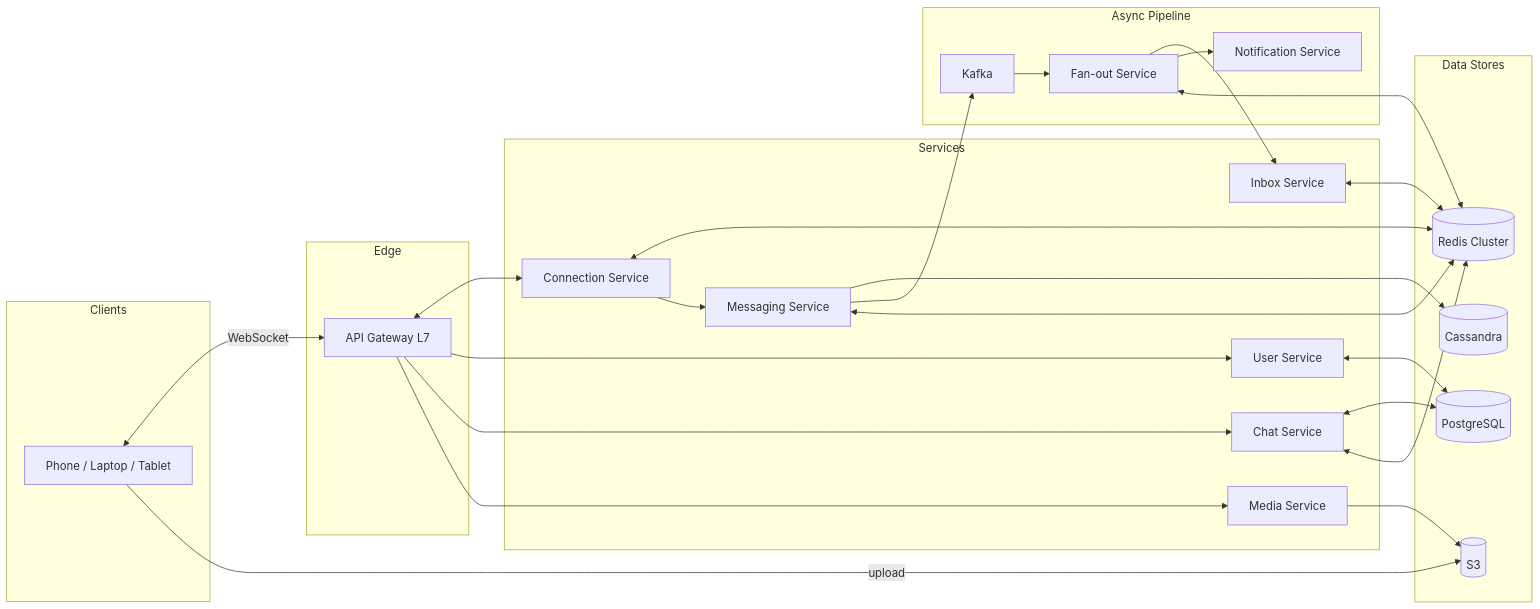
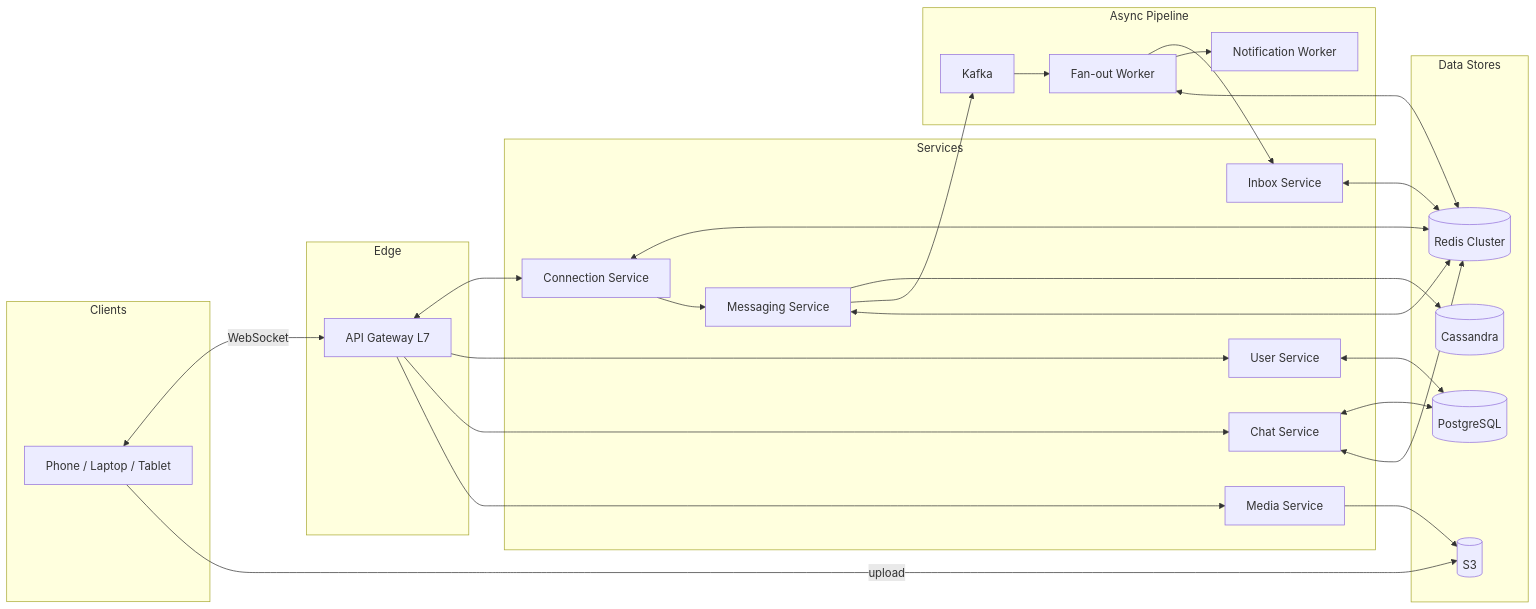
The fourth of 4 diagrams in docs/problems/messaging/chat-system.md (shahidbits2012/staff-plus), drawn with Mermaid before and after one commit. The commit also changed other lines of this file and 2 other files, not shown here.

````diff
--- a/docs/problems/messaging/chat-system.md
+++ b/docs/problems/messaging/chat-system.md
@@ -587,57 +593,57 @@
 ```mermaid
 graph LR
     subgraph Clients
         C[Phone / Laptop / Tablet]
     end
 
     subgraph Edge
         GW[API Gateway L7]
     end
 
     subgraph Services
         CONN[Connection Service]
         MS[Messaging Service]
         CS[Chat Service]
         IS[Inbox Service]
         US[User Service]
         MDS[Media Service]
     end
 
     subgraph Async_Pipeline[Async Pipeline]
         KF[Kafka]
-        FOS[Fan-out Service]
-        NS[Notification Service]
+        FOS[Fan-out Worker]
+        NS[Notification Worker]
     end
 
     subgraph Data_Stores[Data Stores]
         PG[(PostgreSQL)]
         CASS[(Cassandra)]
         REDIS[(Redis Cluster)]
         S3[(S3)]
     end
 
     C <-->|WebSocket| GW
     C -->|upload| S3
     GW <--> CONN
     GW --> US
     GW --> CS
     GW --> MDS
 
     CONN <--> REDIS
     CONN --> MS
 
     MS --> CASS
     MS --> KF
     MS <--> REDIS
 
     KF --> FOS
     FOS --> IS
     FOS --> NS
     FOS <--> REDIS
 
     IS <--> REDIS
     US <--> PG
     CS <--> PG
     CS <--> REDIS
     MDS --> S3
 ```
````
